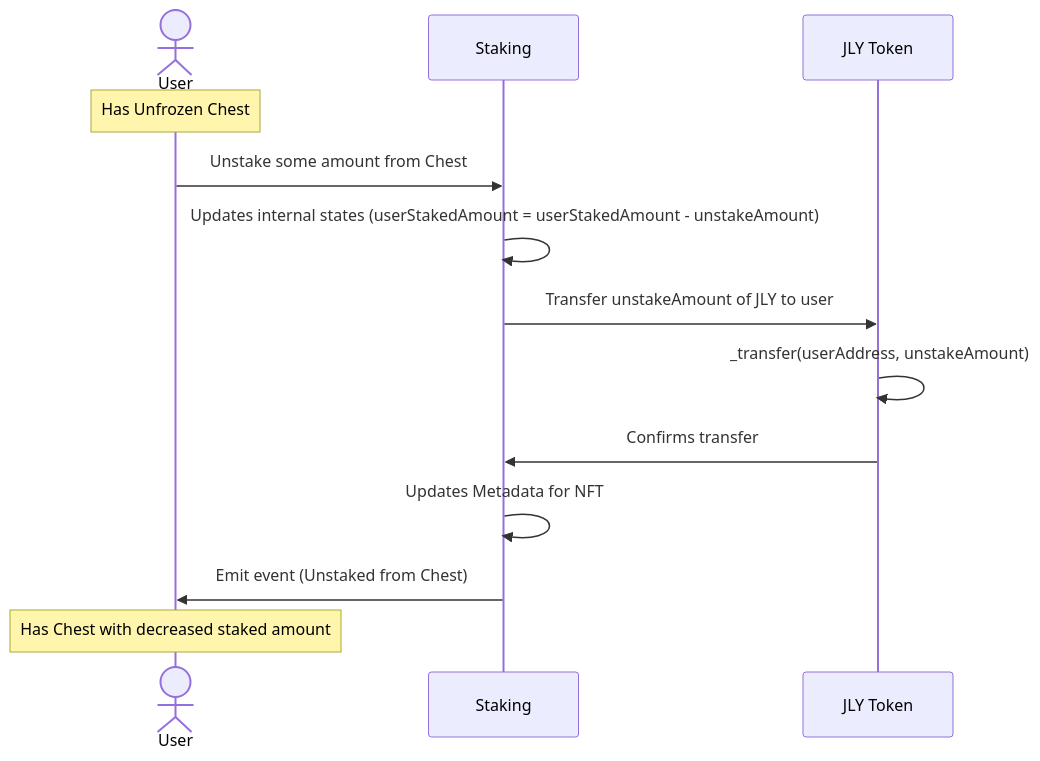
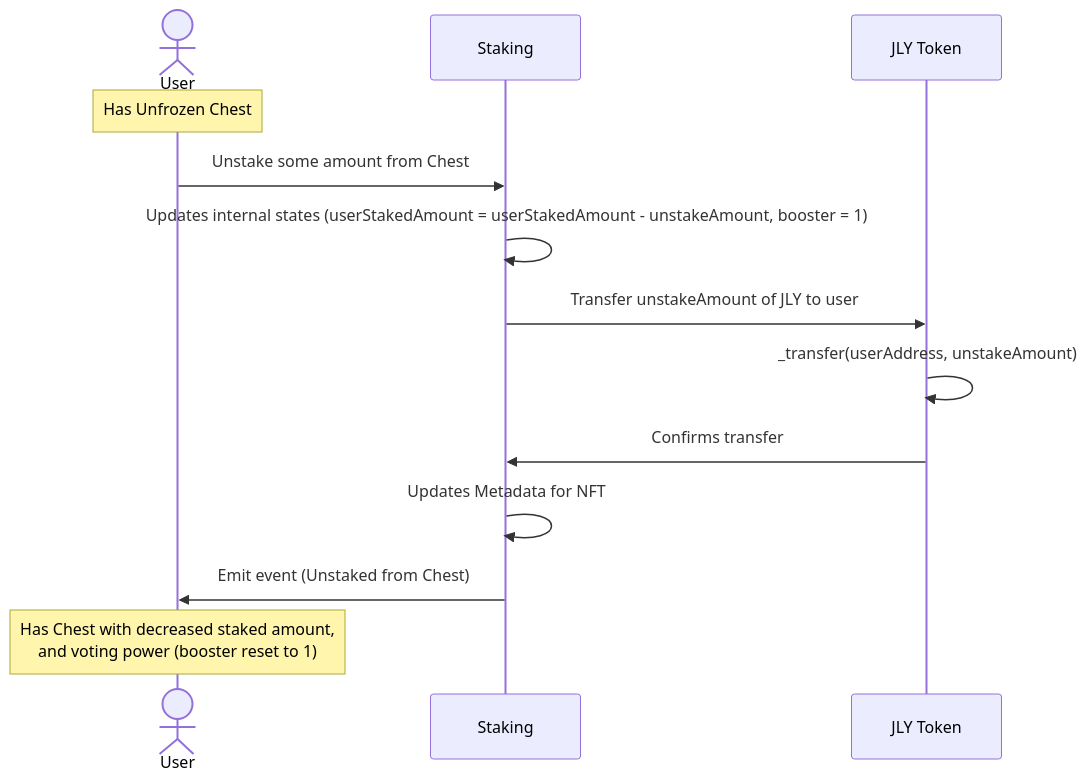
The sixth of 6 diagrams in docs/StakingUml.md (omahs/jelly-verse-contracts), drawn with Mermaid before and after one commit. The commit also changed other lines of this file, not shown here.

````diff
--- a/docs/StakingUml.md
+++ b/docs/StakingUml.md
@@ -143,16 +143,16 @@
 ```mermaid
 sequenceDiagram
     actor A as User
     participant C as Staking
     participant B as JLY Token
     Note over A: Has Unfrozen Chest
     A->>C: Unstake some amount from Chest
-    C->>C: Updates internal states (userStakedAmount = userStakedAmount - unstakeAmount)
+    C->>C: Updates internal states (userStakedAmount = userStakedAmount - unstakeAmount, booster = 1)
     C->>B: Transfer unstakeAmount of JLY to user 
     B->>B: _transfer(userAddress, unstakeAmount)
     B->>C: Confirms transfer 
     C->>C: Updates Metadata for NFT
     C->>A: Emit event (Unstaked from Chest)
-    Note over A: Has Chest with decreased staked amount
+    Note over A: Has Chest with decreased staked amount, <br/>and voting power (booster reset to 1)
 
 ```
````
